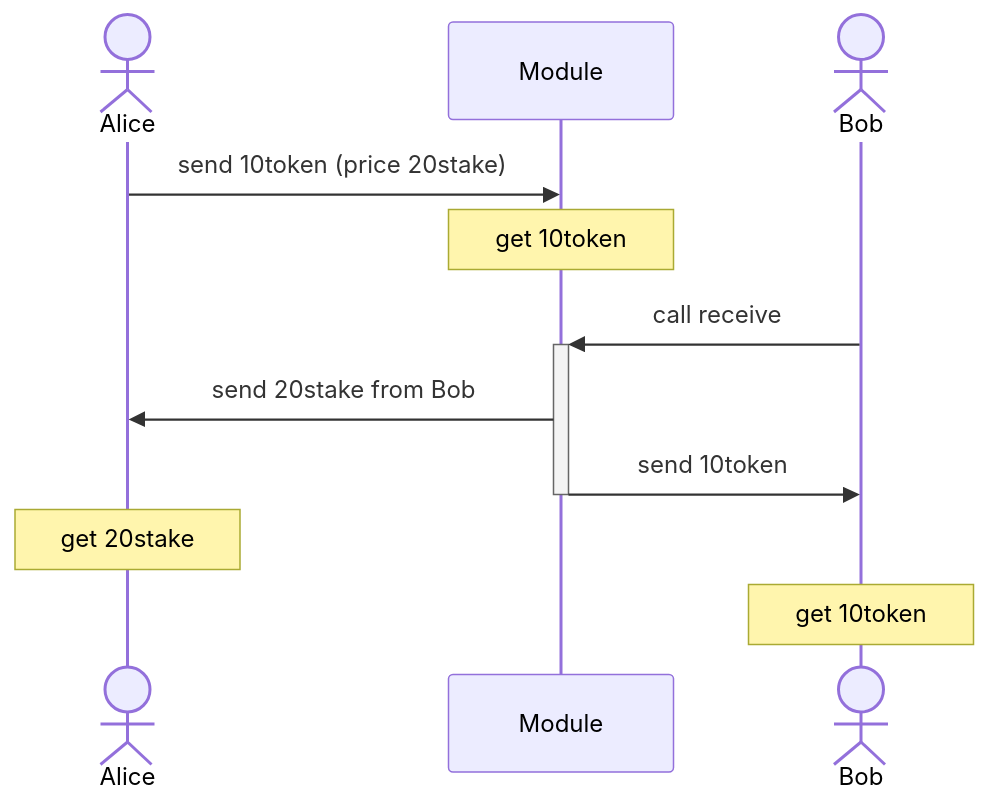
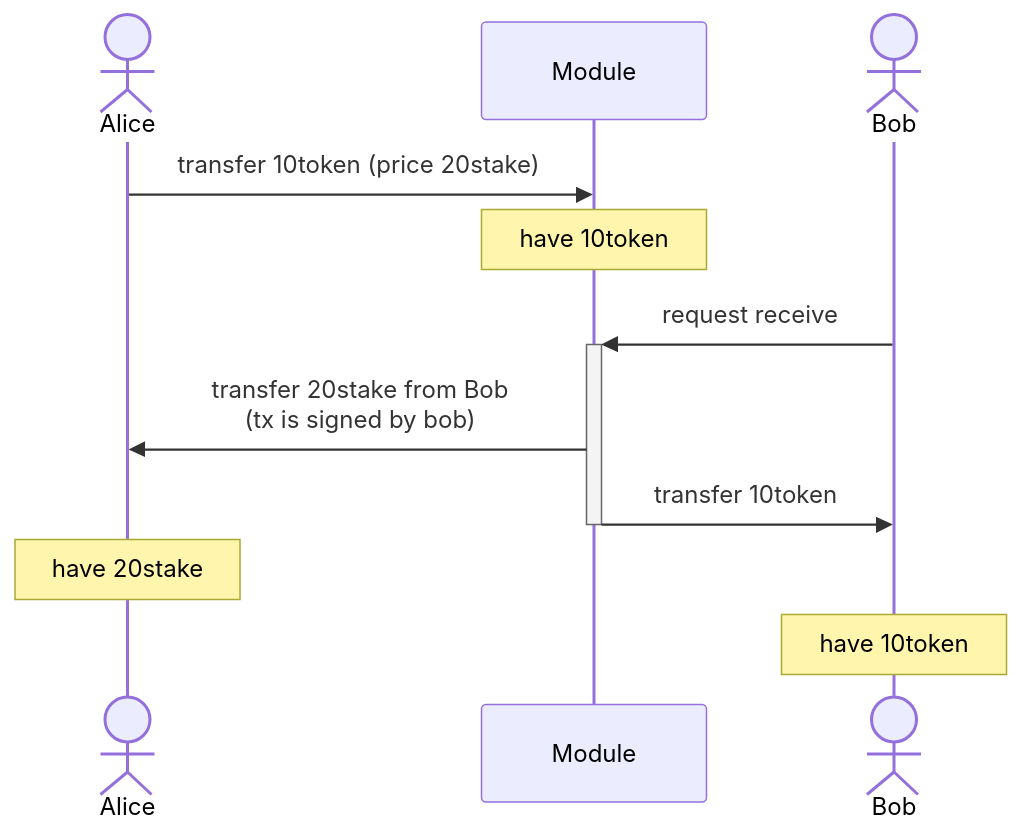
The first of 2 diagrams in README.md (devnova777/cosmos-trustless-swap), drawn with Mermaid before and after one commit. The commit also changed other lines of this file, not shown here.

````diff
--- a/README.md
+++ b/README.md
@@ -11,13 +11,13 @@
 ```mermaid
   sequenceDiagram
       actor Alice
       participant Module
       actor Bob
-      Alice ->> Module: send 10token (price 20stake)
-      Note over Module: get 10token
-      Bob ->>+ Module: call receive
-      Module ->> Alice: send 20stake from Bob
-      Module ->>- Bob: send 10token 
-      Note over Alice: get 20stake
-      Note over Bob: get 10token
+      Alice ->> Module: transfer 10token (price 20stake)
+      Note over Module: have 10token
+      Bob ->>+ Module: request receive
+      Module ->> Alice: transfer 20stake from Bob<br/> (tx is signed by bob)
+      Module ->>- Bob: transfer 10token 
+      Note over Alice: have 20stake
+      Note over Bob: have 10token
 ```
````
